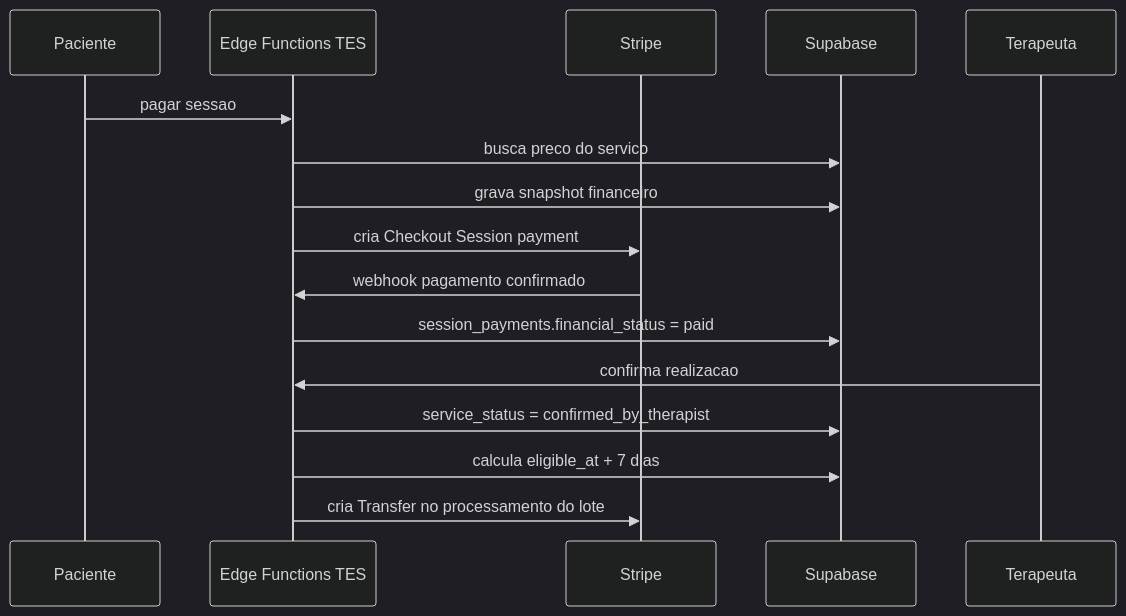
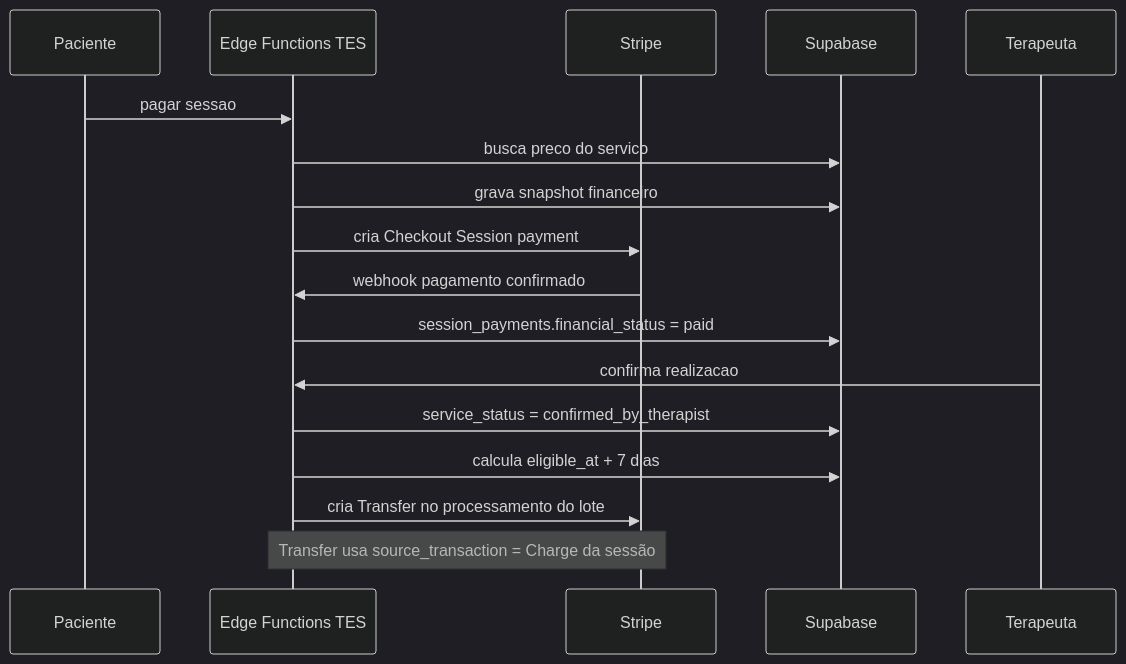
Before and after one commit to projetos-eba/terapeuta-eu-sou: the second of 2 diagrams in docs/payments/architecture.md, drawn with Mermaid (dark theme). The commit also changed other lines of this file and 28 other files, not shown here.

````diff
--- a/docs/payments/architecture.md
+++ b/docs/payments/architecture.md
@@ -100,19 +110,20 @@
 ```mermaid
 sequenceDiagram
   participant P as Paciente
   participant TES as Edge Functions TES
   participant S as Stripe
   participant DB as Supabase
   participant T as Terapeuta
 
   P->>TES: pagar sessao
   TES->>DB: busca preco do servico
   TES->>DB: grava snapshot financeiro
   TES->>S: cria Checkout Session payment
   S->>TES: webhook pagamento confirmado
   TES->>DB: session_payments.financial_status = paid
   T->>TES: confirma realizacao
   TES->>DB: service_status = confirmed_by_therapist
   TES->>DB: calcula eligible_at + 7 dias
   TES->>S: cria Transfer no processamento do lote
+  Note over TES,S: Transfer usa source_transaction = Charge da sessão
 ```
````
